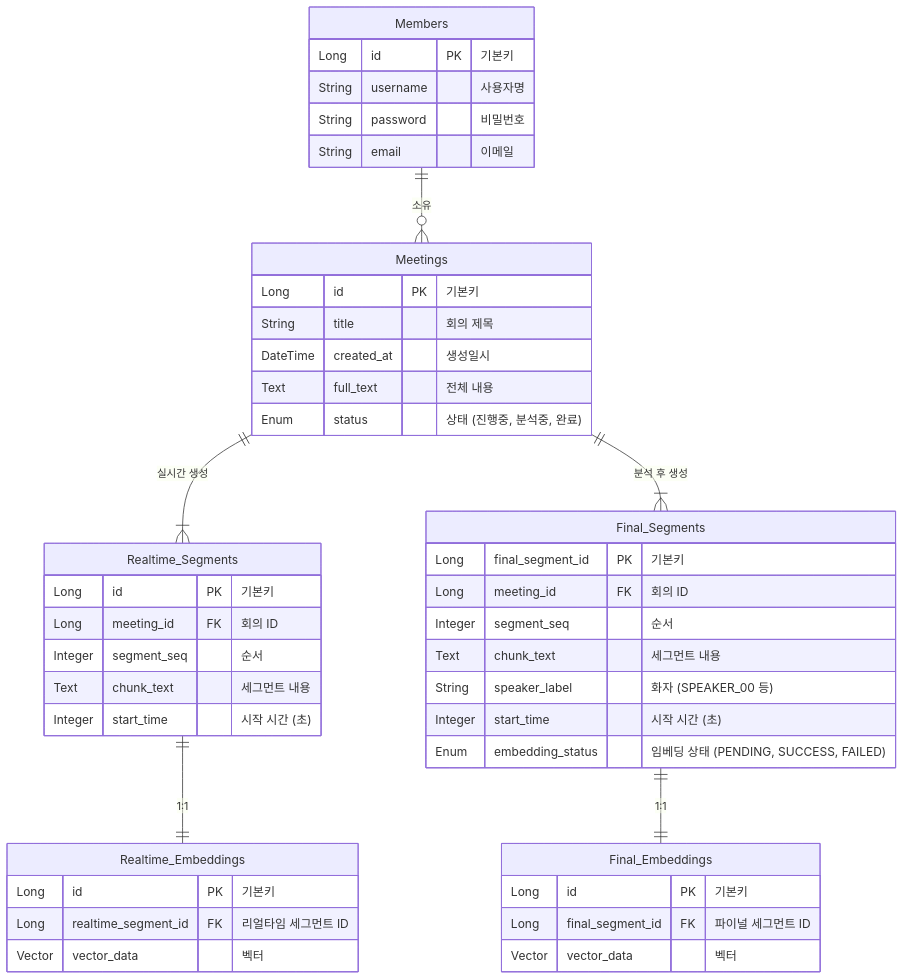
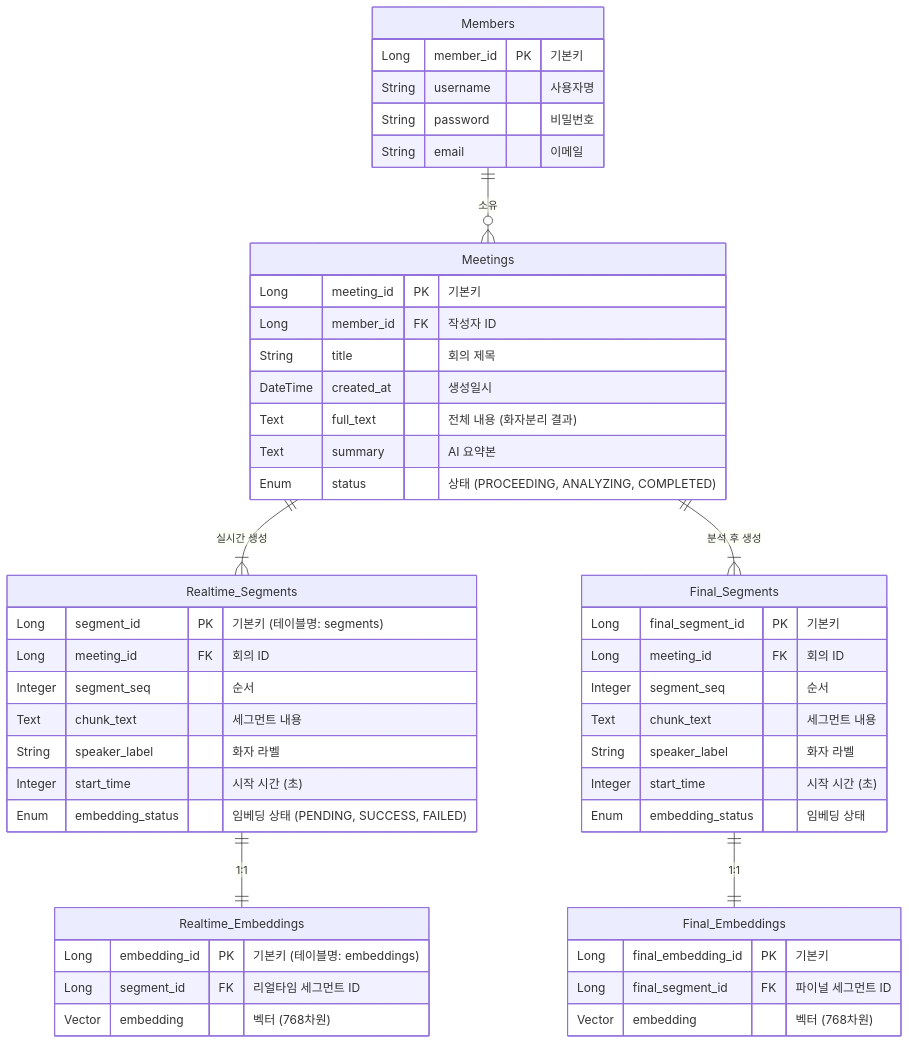
Before and after one commit to leejunhyuk1061204/AI-5-mini-project: the third of 3 diagrams in task/architecture.md, drawn with Mermaid. The commit also changed other lines of this file and 47 other files, not shown here.

````diff
--- a/task/architecture.md
+++ b/task/architecture.md
@@ -121,54 +131,58 @@
 ```mermaid
 erDiagram
     Members {
-        Long id PK "기본키"
+        Long member_id PK "기본키"
         String username "사용자명"
         String password "비밀번호"
         String email "이메일"
     }
 
     Meetings {
-        Long id PK "기본키"
+        Long meeting_id PK "기본키"
+        Long member_id FK "작성자 ID"
         String title "회의 제목"
         DateTime created_at "생성일시"
-        Text full_text "전체 내용"
-        Enum status "상태 (진행중, 분석중, 완료)"
+        Text full_text "전체 내용 (화자분리 결과)"
+        Text summary "AI 요약본"
+        Enum status "상태 (PROCEEDING, ANALYZING, COMPLETED)"
     }
 
     Realtime_Segments {
-        Long id PK "기본키"
+        Long segment_id PK "기본키 (테이블명: segments)"
         Long meeting_id FK "회의 ID"
         Integer segment_seq "순서"
         Text chunk_text "세그먼트 내용"
+        String speaker_label "화자 라벨"
         Integer start_time "시작 시간 (초)"
+        Enum embedding_status "임베딩 상태 (PENDING, SUCCESS, FAILED)"
     }
 
     Realtime_Embeddings {
-        Long id PK "기본키"
-        Long realtime_segment_id FK "리얼타임 세그먼트 ID"
-        Vector vector_data "벡터"
+        Long embedding_id PK "기본키 (테이블명: embeddings)"
+        Long segment_id FK "리얼타임 세그먼트 ID"
+        Vector embedding "벡터 (768차원)"
     }
 
     Final_Segments {
         Long final_segment_id PK "기본키"
         Long meeting_id FK "회의 ID"
         Integer segment_seq "순서"
         Text chunk_text "세그먼트 내용"
-        String speaker_label "화자 (SPEAKER_00 등)"
+        String speaker_label "화자 라벨"
         Integer start_time "시작 시간 (초)"
-        Enum embedding_status "임베딩 상태 (PENDING, SUCCESS, FAILED)"
+        Enum embedding_status "임베딩 상태"
     }
 
     Final_Embeddings {
-        Long id PK "기본키"
+        Long final_embedding_id PK "기본키"
         Long final_segment_id FK "파이널 세그먼트 ID"
-        Vector vector_data "벡터"
+        Vector embedding "벡터 (768차원)"
     }
 
     Members ||--o{ Meetings : "소유"
     Meetings ||--|{ Realtime_Segments : "실시간 생성"
     Realtime_Segments ||--|| Realtime_Embeddings : "1:1"
     
     Meetings ||--|{ Final_Segments : "분석 후 생성"
     Final_Segments ||--|| Final_Embeddings : "1:1"
 ```
````
